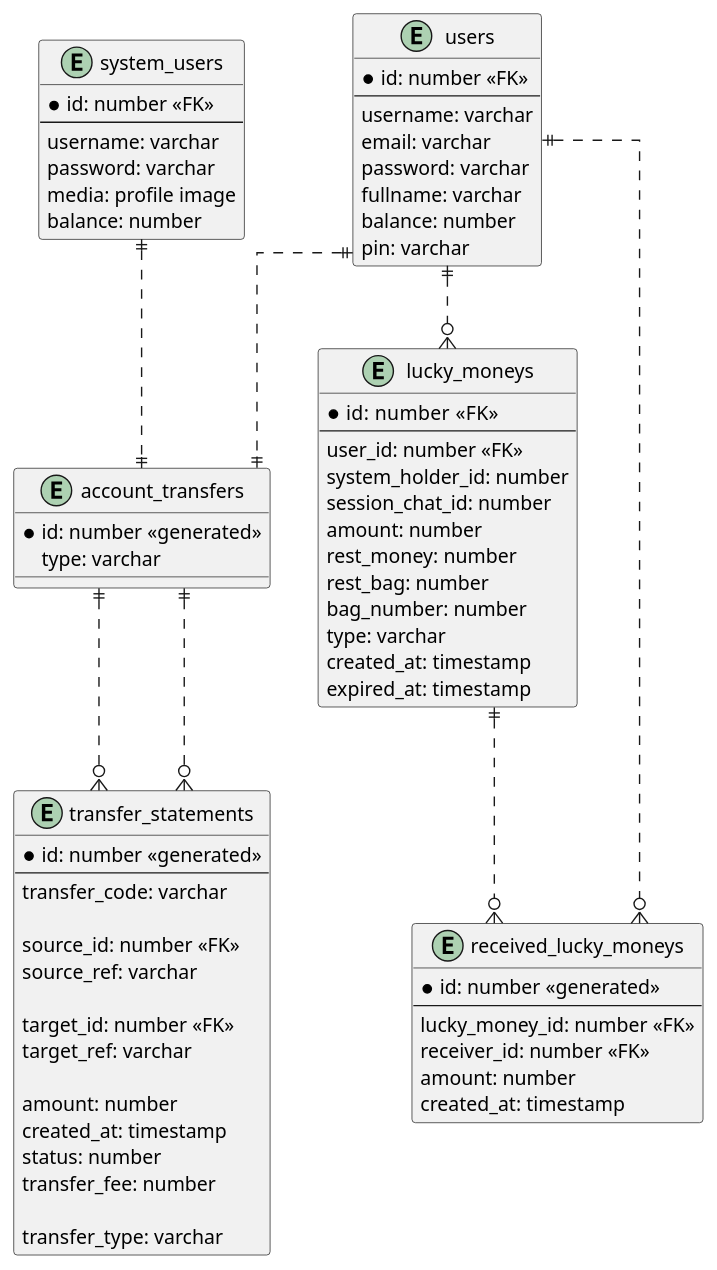
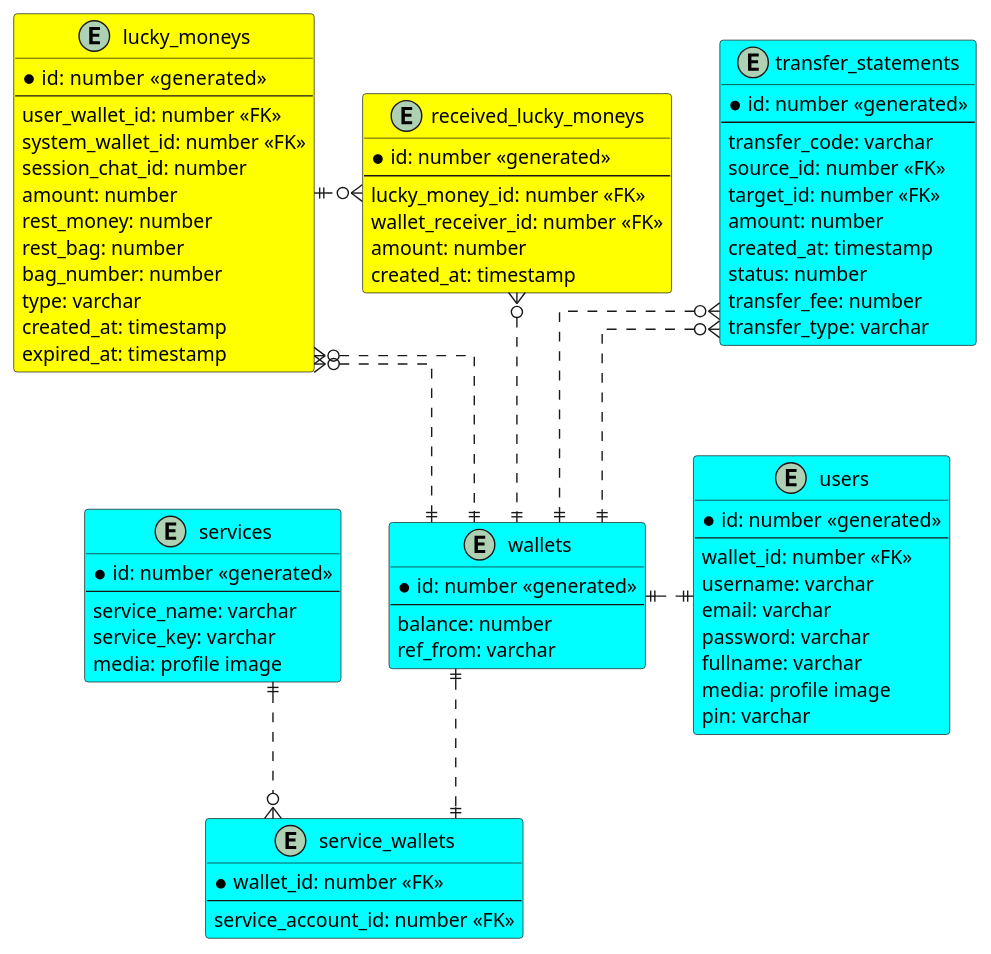
The diagram in documents/uml/system design/database_diagram.puml (ntan1902/hey-app), drawn with PlantUML before and after one commit. The commit also changed 7 other files, not shown here.

Commit message:
Activity Diagram, Component Diagram Co-authored-by: ntan1902 <ntan1902@users.noreply.github.com> Co-authored-by: Vo Ngoc Trong <Ngoctrong102@users.noreply.github.com>

```diff
--- a/documents/uml/system design/database_diagram.puml
+++ b/documents/uml/system design/database_diagram.puml
@@ -2,89 +2,110 @@
 @startuml
 
 ' hide the spot
 ' hide circle
 
 ' avoid problems with angled crows feet
 skinparam linetype ortho
 
-entity "users" as users{
-    *id: number <<FK>>
+entity "users" as users #Aqua{
+    *id: number <<generated>>
     --
+    wallet_id: number <<FK>>
     username: varchar
     email: varchar
     password: varchar
     fullname: varchar
-    balance: number
+    media: profile image
     pin: varchar
 }
 
-entity "system_users" {
-    *id: number <<FK>>
+' LuckyMoney Service: 
+' - service_name: LuckyMoney
+' - service_key: 
+' ----> Request Auth Service -> JWToken Service 
+' LuckyMoney vS Payment 
+' LuckyMoney ----> Request Auth Service -> JWToken Service
+' LuckyMoney dùng JWToken vừa có để request danh sách  wallets của nó
+' sử dụng list wallets này ntn thì tuỳ nó 
+
+' LuckyMoney request lên payment chuyển tiền. Tới... với cái
+' wallet id nào của nó  
+
+entity "services" #Aqua{
+    *id: number <<generated>>
     --
-    username: varchar
-    password: varchar
+    service_name: varchar
+    service_key: varchar
     media: profile image
-    balance: number
 }
 
-entity "account_transfers" as account_transfers{
-    *id: number <<generated>>
-    type: varchar
+entity "service_wallets" #Aqua{
+    *wallet_id: number <<FK>>
+    --
+    service_account_id: number <<FK>>
 }
 
-entity "transfer_statements" as transfer_statements {
+
+
+entity "wallets" as wallets #Aqua{
+    *id: number <<generated>>
+    --
+    balance: number    
+    ref_from: varchar
+}
+
+entity "transfer_statements" as transfer_statements #Aqua {
     *id: number <<generated>>
     --
     transfer_code: varchar
-    
     source_id: number <<FK>>
-    source_ref: varchar
-
     target_id: number <<FK>>
-    target_ref: varchar
-    
     amount: number
     created_at: timestamp
     status: number
     transfer_fee: number
-
     transfer_type: varchar
 }
 
-entity "lucky_moneys" as lucky_moneys {
-    *id: number  <<FK>>
+entity "lucky_moneys" as lucky_moneys #Yellow{
+    *id: number  <<generated>>
     --
-    user_id: number <<FK>>
-    system_holder_id: number
+    user_wallet_id: number <<FK>>
+    system_wallet_id: number <<FK>>
     session_chat_id: number
     amount: number
     rest_money: number
     rest_bag: number
     bag_number: number
     type: varchar
     created_at: timestamp
     expired_at: timestamp
 }
 
-entity "received_lucky_moneys" as received_luckey_moneys{
+entity "received_lucky_moneys" as received_luckey_moneys #Yellow{
     *id: number <<generated>>
     --
     lucky_money_id: number <<FK>>
-    receiver_id: number <<FK>>
+    wallet_receiver_id: number <<FK>>
     amount: number
     created_at: timestamp
 }
 
-users ||..|| account_transfers
-system_users ||..|| account_transfers
+wallets ||.up.o{ transfer_statements
+wallets ||.up.o{ transfer_statements
 
-account_transfers ||..o{ transfer_statements
-account_transfers ||..o{ transfer_statements
-users ||..o{ lucky_moneys
-users ||..o{ received_luckey_moneys
+wallets ||.up.o{ lucky_moneys
+wallets ||.up.o{ lucky_moneys
+
+wallets ||.up.o{ received_luckey_moneys
+
+users ||.left.|| wallets
+
+services ||..o{ service_wallets
+wallets ||..|| service_wallets
 
 
-lucky_moneys ||..o{ received_luckey_moneys
+lucky_moneys ||.right.o{ received_luckey_moneys
 
 
 @enduml
```
